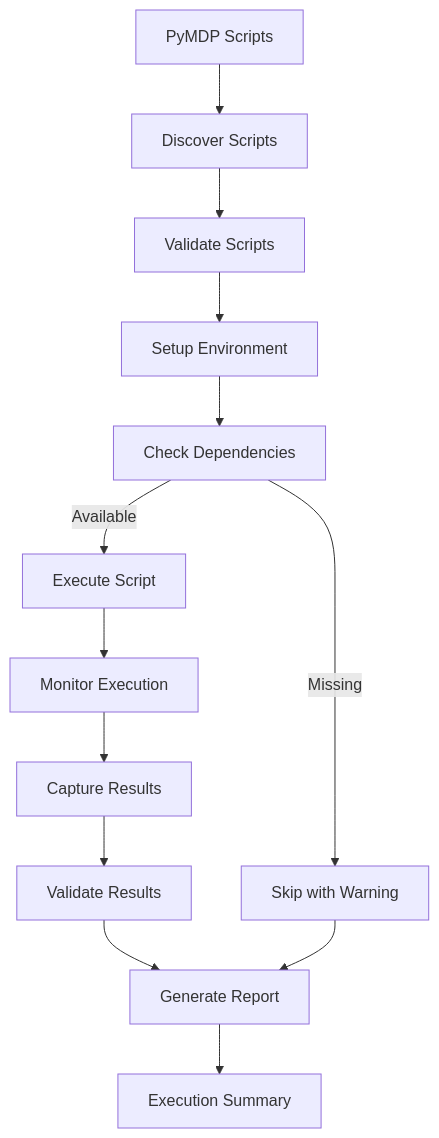
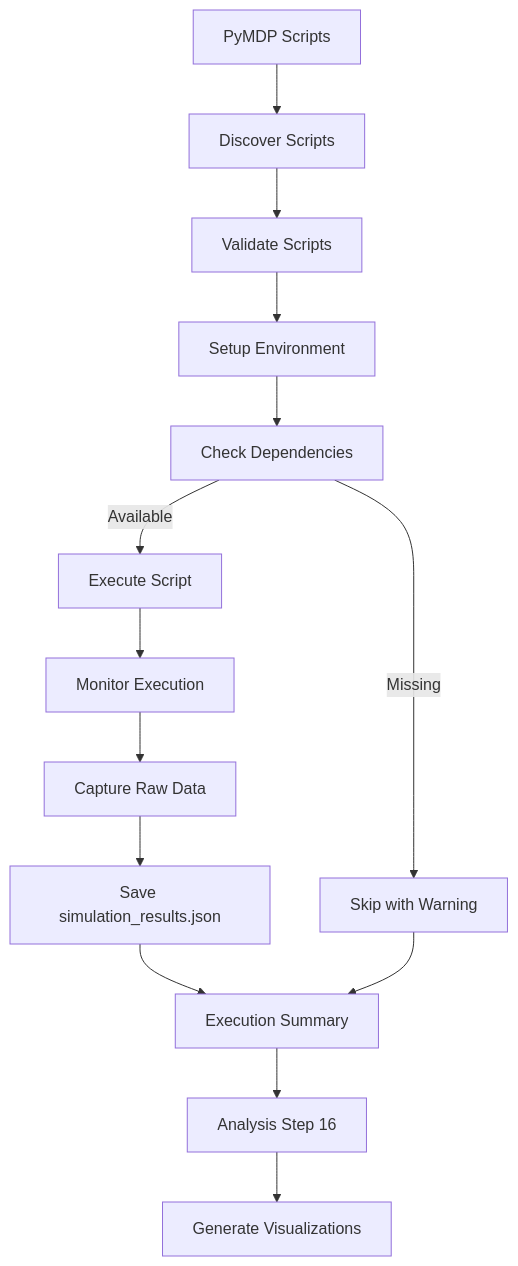
One commit to ActiveInferenceInstitute/GeneralizedNotationNotation changed the diagram in src/execute/pymdp/README.md. Above: the diagram before and after it, drawn with Mermaid. The commit also changed other lines of this file and 301 other files, not shown here.

````diff
--- a/src/execute/pymdp/README.md
+++ b/src/execute/pymdp/README.md
@@ -49,20 +67,21 @@
 ```mermaid
 graph TD
     Scripts[PyMDP Scripts] --> Discover[Discover Scripts]
     Discover --> Validate[Validate Scripts]
     
     Validate --> Setup[Setup Environment]
     Setup --> Check[Check Dependencies]
     
     Check -->|Available| Execute[Execute Script]
     Check -->|Missing| Skip[Skip with Warning]
     
     Execute --> Monitor[Monitor Execution]
-    Monitor --> Capture[Capture Results]
+    Monitor --> Capture[Capture Raw Data]
     
-    Capture --> ValidateResults[Validate Results]
-    ValidateResults --> Report[Generate Report]
+    Capture --> Save[Save simulation_results.json]
+    Save --> Summary[Execution Summary]
     
-    Skip --> Report
-    Report --> Summary[Execution Summary]
+    Skip --> Summary
+    Summary --> Analysis[Analysis Step 16]
+    Analysis --> Visualize[Generate Visualizations]
 ```
````
